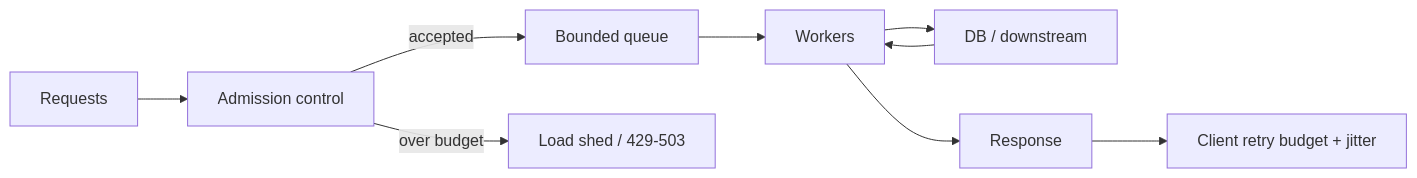
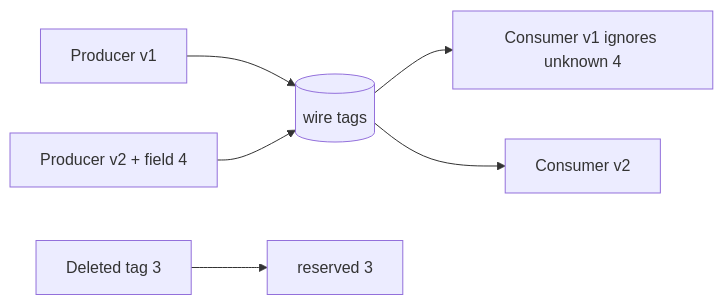
One commit to cebrailbagatarhan/software-engineering-interview-roadmap changed the second of 2 diagrams in daily/2026-09-21/01-00.md. Above: the diagram before and after it, drawn with Mermaid. The commit also changed other lines of this file, not shown here.

````diff
--- a/daily/2026-09-21/01-00.md
+++ b/daily/2026-09-21/01-00.md
@@ -73,11 +68,8 @@
 ```mermaid
 flowchart LR
-  R[Requests] --> AC[Admission control]
-  AC -->|accepted| Q[Bounded queue]
-  AC -->|over budget| LS[Load shed / 429-503]
-  Q --> W[Workers]
-  W --> DB[DB / downstream]
-  DB --> W
-  W --> RESP[Response]
-  RESP --> RTRY[Client retry budget + jitter]
+  P1[Producer v1] --> W[(wire tags)]
+  P2[Producer v2 + field 4] --> W
+  W --> C1[Consumer v1 ignores unknown 4]
+  W --> C2[Consumer v2]
+  D[Deleted tag 3] --> R[reserved 3]
 ```
````
